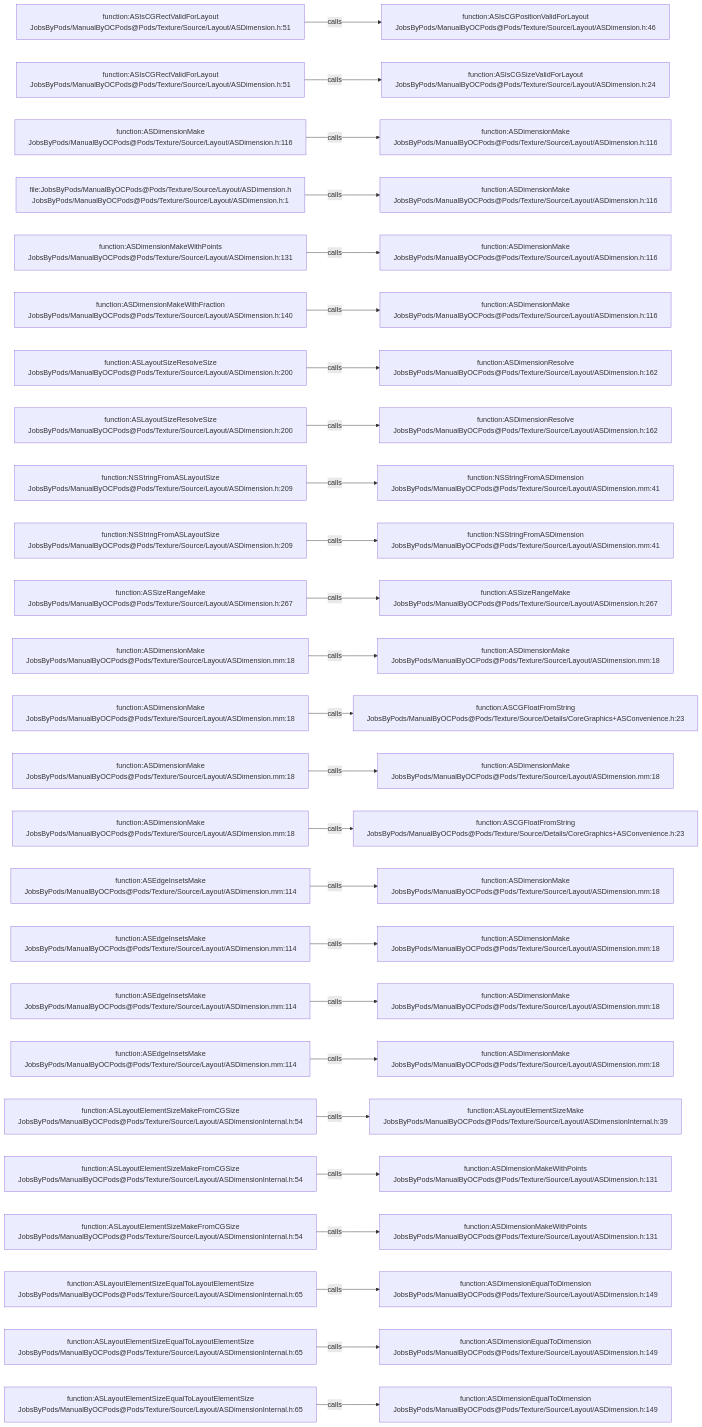
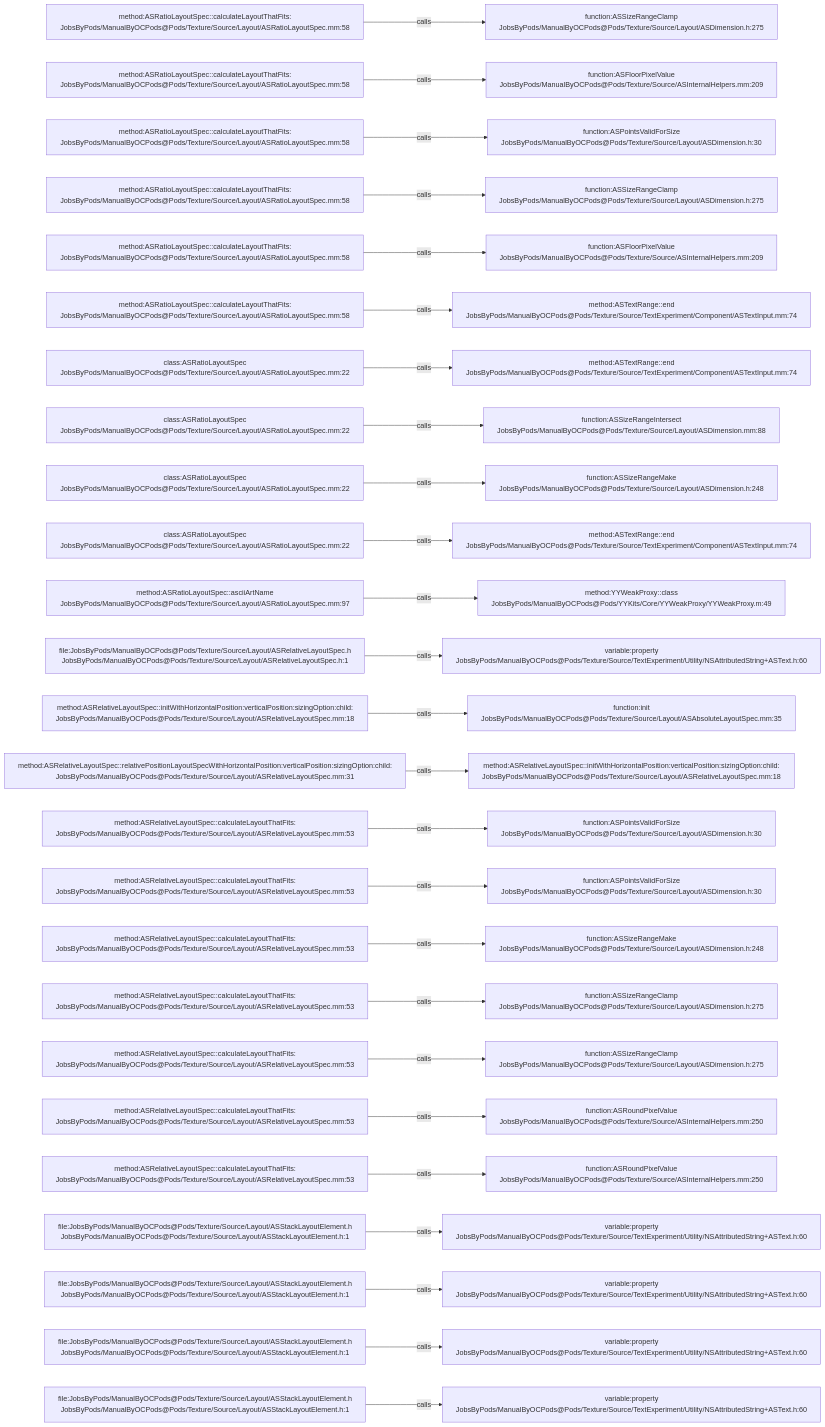
One commit to JobsKits/JobsOCBaseConfigDemo changed the diagram in .codegraph/codegraph.md/graphs/calls-184.md. Above: the diagram before and after it, drawn with Mermaid. The commit also changed 1223 other files, not shown here.

````diff
--- a/.codegraph/codegraph.md/graphs/calls-184.md
+++ b/.codegraph/codegraph.md/graphs/calls-184.md
@@ -13,78 +13,78 @@
 ```mermaid
 flowchart LR
-  S1["function:ASIsCGRectValidForLayout<br/>JobsByPods/ManualByOCPods@Pods/Texture/Source/Layout/ASDimension.h:51"]
-  T1["function:ASIsCGPositionValidForLayout<br/>JobsByPods/ManualByOCPods@Pods/Texture/Source/Layout/ASDimension.h:46"]
+  S1["method:ASRatioLayoutSpec::calculateLayoutThatFits:<br/>JobsByPods/ManualByOCPods@Pods/Texture/Source/Layout/ASRatioLayoutSpec.mm:58"]
+  T1["function:ASSizeRangeClamp<br/>JobsByPods/ManualByOCPods@Pods/Texture/Source/Layout/ASDimension.h:275"]
   S1 -->|calls| T1
-  S2["function:ASIsCGRectValidForLayout<br/>JobsByPods/ManualByOCPods@Pods/Texture/Source/Layout/ASDimension.h:51"]
-  T2["function:ASIsCGSizeValidForLayout<br/>JobsByPods/ManualByOCPods@Pods/Texture/Source/Layout/ASDimension.h:24"]
+  S2["method:ASRatioLayoutSpec::calculateLayoutThatFits:<br/>JobsByPods/ManualByOCPods@Pods/Texture/Source/Layout/ASRatioLayoutSpec.mm:58"]
+  T2["function:ASFloorPixelValue<br/>JobsByPods/ManualByOCPods@Pods/Texture/Source/ASInternalHelpers.mm:209"]
   S2 -->|calls| T2
-  S3["function:ASDimensionMake<br/>JobsByPods/ManualByOCPods@Pods/Texture/Source/Layout/ASDimension.h:116"]
-  T3["function:ASDimensionMake<br/>JobsByPods/ManualByOCPods@Pods/Texture/Source/Layout/ASDimension.h:116"]
+  S3["method:ASRatioLayoutSpec::calculateLayoutThatFits:<br/>JobsByPods/ManualByOCPods@Pods/Texture/Source/Layout/ASRatioLayoutSpec.mm:58"]
+  T3["function:ASPointsValidForSize<br/>JobsByPods/ManualByOCPods@Pods/Texture/Source/Layout/ASDimension.h:30"]
   S3 -->|calls| T3
-  S4["file:JobsByPods/ManualByOCPods@Pods/Texture/Source/Layout/ASDimension.h<br/>JobsByPods/ManualByOCPods@Pods/Texture/Source/Layout/ASDimension.h:1"]
-  T4["function:ASDimensionMake<br/>JobsByPods/ManualByOCPods@Pods/Texture/Source/Layout/ASDimension.h:116"]
+  S4["method:ASRatioLayoutSpec::calculateLayoutThatFits:<br/>JobsByPods/ManualByOCPods@Pods/Texture/Source/Layout/ASRatioLayoutSpec.mm:58"]
+  T4["function:ASSizeRangeClamp<br/>JobsByPods/ManualByOCPods@Pods/Texture/Source/Layout/ASDimension.h:275"]
   S4 -->|calls| T4
-  S5["function:ASDimensionMakeWithPoints<br/>JobsByPods/ManualByOCPods@Pods/Texture/Source/Layout/ASDimension.h:131"]
-  T5["function:ASDimensionMake<br/>JobsByPods/ManualByOCPods@Pods/Texture/Source/Layout/ASDimension.h:116"]
+  S5["method:ASRatioLayoutSpec::calculateLayoutThatFits:<br/>JobsByPods/ManualByOCPods@Pods/Texture/Source/Layout/ASRatioLayoutSpec.mm:58"]
+  T5["function:ASFloorPixelValue<br/>JobsByPods/ManualByOCPods@Pods/Texture/Source/ASInternalHelpers.mm:209"]
   S5 -->|calls| T5
-  S6["function:ASDimensionMakeWithFraction<br/>JobsByPods/ManualByOCPods@Pods/Texture/Source/Layout/ASDimension.h:140"]
-  T6["function:ASDimensionMake<br/>JobsByPods/ManualByOCPods@Pods/Texture/Source/Layout/ASDimension.h:116"]
+  S6["method:ASRatioLayoutSpec::calculateLayoutThatFits:<br/>JobsByPods/ManualByOCPods@Pods/Texture/Source/Layout/ASRatioLayoutSpec.mm:58"]
+  T6["method:ASTextRange::end<br/>JobsByPods/ManualByOCPods@Pods/Texture/Source/TextExperiment/Component/ASTextInput.mm:74"]
   S6 -->|calls| T6
-  S7["function:ASLayoutSizeResolveSize<br/>JobsByPods/ManualByOCPods@Pods/Texture/Source/Layout/ASDimension.h:200"]
-  T7["function:ASDimensionResolve<br/>JobsByPods/ManualByOCPods@Pods/Texture/Source/Layout/ASDimension.h:162"]
+  S7["class:ASRatioLayoutSpec<br/>JobsByPods/ManualByOCPods@Pods/Texture/Source/Layout/ASRatioLayoutSpec.mm:22"]
+  T7["method:ASTextRange::end<br/>JobsByPods/ManualByOCPods@Pods/Texture/Source/TextExperiment/Component/ASTextInput.mm:74"]
   S7 -->|calls| T7
-  S8["function:ASLayoutSizeResolveSize<br/>JobsByPods/ManualByOCPods@Pods/Texture/Source/Layout/ASDimension.h:200"]
-  T8["function:ASDimensionResolve<br/>JobsByPods/ManualByOCPods@Pods/Texture/Source/Layout/ASDimension.h:162"]
+  S8["class:ASRatioLayoutSpec<br/>JobsByPods/ManualByOCPods@Pods/Texture/Source/Layout/ASRatioLayoutSpec.mm:22"]
+  T8["function:ASSizeRangeIntersect<br/>JobsByPods/ManualByOCPods@Pods/Texture/Source/Layout/ASDimension.mm:88"]
   S8 -->|calls| T8
-  S9["function:NSStringFromASLayoutSize<br/>JobsByPods/ManualByOCPods@Pods/Texture/Source/Layout/ASDimension.h:209"]
-  T9["function:NSStringFromASDimension<br/>JobsByPods/ManualByOCPods@Pods/Texture/Source/Layout/ASDimension.mm:41"]
+  S9["class:ASRatioLayoutSpec<br/>JobsByPods/ManualByOCPods@Pods/Texture/Source/Layout/ASRatioLayoutSpec.mm:22"]
+  T9["function:ASSizeRangeMake<br/>JobsByPods/ManualByOCPods@Pods/Texture/Source/Layout/ASDimension.h:248"]
   S9 -->|calls| T9
-  S10["function:NSStringFromASLayoutSize<br/>JobsByPods/ManualByOCPods@Pods/Texture/Source/Layout/ASDimension.h:209"]
-  T10["function:NSStringFromASDimension<br/>JobsByPods/ManualByOCPods@Pods/Texture/Source/Layout/ASDimension.mm:41"]
+  S10["class:ASRatioLayoutSpec<br/>JobsByPods/ManualByOCPods@Pods/Texture/Source/Layout/ASRatioLayoutSpec.mm:22"]
+  T10["method:ASTextRange::end<br/>JobsByPods/ManualByOCPods@Pods/Texture/Source/TextExperiment/Component/ASTextInput.mm:74"]
   S10 -->|calls| T10
-  S11["function:ASSizeRangeMake<br/>JobsByPods/ManualByOCPods@Pods/Texture/Source/Layout/ASDimension.h:267"]
-  T11["function:ASSizeRangeMake<br/>JobsByPods/ManualByOCPods@Pods/Texture/Source/Layout/ASDimension.h:267"]
+  S11["method:ASRatioLayoutSpec::asciiArtName<br/>JobsByPods/ManualByOCPods@Pods/Texture/Source/Layout/ASRatioLayoutSpec.mm:97"]
+  T11["method:YYWeakProxy::class<br/>JobsByPods/ManualByOCPods@Pods/YYKits/Core/YYWeakProxy/YYWeakProxy.m:49"]
   S11 -->|calls| T11
-  S12["function:ASDimensionMake<br/>JobsByPods/ManualByOCPods@Pods/Texture/Source/Layout/ASDimension.mm:18"]
-  T12["function:ASDimensionMake<br/>JobsByPods/ManualByOCPods@Pods/Texture/Source/Layout/ASDimension.mm:18"]
+  S12["file:JobsByPods/ManualByOCPods@Pods/Texture/Source/Layout/ASRelativeLayoutSpec.h<br/>JobsByPods/ManualByOCPods@Pods/Texture/Source/Layout/ASRelativeLayoutSpec.h:1"]
+  T12["variable:property<br/>JobsByPods/ManualByOCPods@Pods/Texture/Source/TextExperiment/Utility/NSAttributedString+ASText.h:60"]
   S12 -->|calls| T12
-  S13["function:ASDimensionMake<br/>JobsByPods/ManualByOCPods@Pods/Texture/Source/Layout/ASDimension.mm:18"]
-  T13["function:ASCGFloatFromString<br/>JobsByPods/ManualByOCPods@Pods/Texture/Source/Details/CoreGraphics+ASConvenience.h:23"]
+  S13["method:ASRelativeLayoutSpec::initWithHorizontalPosition:verticalPosition:sizingOption:child:<br/>JobsByPods/ManualByOCPods@Pods/Texture/Source/Layout/ASRelativeLayoutSpec.mm:18"]
+  T13["function:init<br/>JobsByPods/ManualByOCPods@Pods/Texture/Source/Layout/ASAbsoluteLayoutSpec.mm:35"]
   S13 -->|calls| T13
-  S14["function:ASDimensionMake<br/>JobsByPods/ManualByOCPods@Pods/Texture/Source/Layout/ASDimension.mm:18"]
-  T14["function:ASDimensionMake<br/>JobsByPods/ManualByOCPods@Pods/Texture/Source/Layout/ASDimension.mm:18"]
+  S14["method:ASRelativeLayoutSpec::relativePositionLayoutSpecWithHorizontalPosition:verticalPosition:sizingOption:child:<br/>JobsByPods/ManualByOCPods@Pods/Texture/Source/Layout/ASRelativeLayoutSpec.mm:31"]
+  T14["method:ASRelativeLayoutSpec::initWithHorizontalPosition:verticalPosition:sizingOption:child:<br/>JobsByPods/ManualByOCPods@Pods/Texture/Source/Layout/ASRelativeLayoutSpec.mm:18"]
   S14 -->|calls| T14
-  S15["function:ASDimensionMake<br/>JobsByPods/ManualByOCPods@Pods/Texture/Source/Layout/ASDimension.mm:18"]
-  T15["function:ASCGFloatFromString<br/>JobsByPods/ManualByOCPods@Pods/Texture/Source/Details/CoreGraphics+ASConvenience.h:23"]
+  S15["method:ASRelativeLayoutSpec::calculateLayoutThatFits:<br/>JobsByPods/ManualByOCPods@Pods/Texture/Source/Layout/ASRelativeLayoutSpec.mm:53"]
+  T15["function:ASPointsValidForSize<br/>JobsByPods/ManualByOCPods@Pods/Texture/Source/Layout/ASDimension.h:30"]
   S15 -->|calls| T15
-  S16["function:ASEdgeInsetsMake<br/>JobsByPods/ManualByOCPods@Pods/Texture/Source/Layout/ASDimension.mm:114"]
-  T16["function:ASDimensionMake<br/>JobsByPods/ManualByOCPods@Pods/Texture/Source/Layout/ASDimension.mm:18"]
+  S16["method:ASRelativeLayoutSpec::calculateLayoutThatFits:<br/>JobsByPods/ManualByOCPods@Pods/Texture/Source/Layout/ASRelativeLayoutSpec.mm:53"]
+  T16["function:ASPointsValidForSize<br/>JobsByPods/ManualByOCPods@Pods/Texture/Source/Layout/ASDimension.h:30"]
   S16 -->|calls| T16
-  S17["function:ASEdgeInsetsMake<br/>JobsByPods/ManualByOCPods@Pods/Texture/Source/Layout/ASDimension.mm:114"]
-  T17["function:ASDimensionMake<br/>JobsByPods/ManualByOCPods@Pods/Texture/Source/Layout/ASDimension.mm:18"]
+  S17["method:ASRelativeLayoutSpec::calculateLayoutThatFits:<br/>JobsByPods/ManualByOCPods@Pods/Texture/Source/Layout/ASRelativeLayoutSpec.mm:53"]
+  T17["function:ASSizeRangeMake<br/>JobsByPods/ManualByOCPods@Pods/Texture/Source/Layout/ASDimension.h:248"]
   S17 -->|calls| T17
-  S18["function:ASEdgeInsetsMake<br/>JobsByPods/ManualByOCPods@Pods/Texture/Source/Layout/ASDimension.mm:114"]
-  T18["function:ASDimensionMake<br/>JobsByPods/ManualByOCPods@Pods/Texture/Source/Layout/ASDimension.mm:18"]
+  S18["method:ASRelativeLayoutSpec::calculateLayoutThatFits:<br/>JobsByPods/ManualByOCPods@Pods/Texture/Source/Layout/ASRelativeLayoutSpec.mm:53"]
+  T18["function:ASSizeRangeClamp<br/>JobsByPods/ManualByOCPods@Pods/Texture/Source/Layout/ASDimension.h:275"]
   S18 -->|calls| T18
-  S19["function:ASEdgeInsetsMake<br/>JobsByPods/ManualByOCPods@Pods/Texture/Source/Layout/ASDimension.mm:114"]
-  T19["function:ASDimensionMake<br/>JobsByPods/ManualByOCPods@Pods/Texture/Source/Layout/ASDimension.mm:18"]
+  S19["method:ASRelativeLayoutSpec::calculateLayoutThatFits:<br/>JobsByPods/ManualByOCPods@Pods/Texture/Source/Layout/ASRelativeLayoutSpec.mm:53"]
+  T19["function:ASSizeRangeClamp<br/>JobsByPods/ManualByOCPods@Pods/Texture/Source/Layout/ASDimension.h:275"]
   S19 -->|calls| T19
-  S20["function:ASLayoutElementSizeMakeFromCGSize<br/>JobsByPods/ManualByOCPods@Pods/Texture/Source/Layout/ASDimensionInternal.h:54"]
-  T20["function:ASLayoutElementSizeMake<br/>JobsByPods/ManualByOCPods@Pods/Texture/Source/Layout/ASDimensionInternal.h:39"]
+  S20["method:ASRelativeLayoutSpec::calculateLayoutThatFits:<br/>JobsByPods/ManualByOCPods@Pods/Texture/Source/Layout/ASRelativeLayoutSpec.mm:53"]
+  T20["function:ASRoundPixelValue<br/>JobsByPods/ManualByOCPods@Pods/Texture/Source/ASInternalHelpers.mm:250"]
   S20 -->|calls| T20
-  S21["function:ASLayoutElementSizeMakeFromCGSize<br/>JobsByPods/ManualByOCPods@Pods/Texture/Source/Layout/ASDimensionInternal.h:54"]
-  T21["function:ASDimensionMakeWithPoints<br/>JobsByPods/ManualByOCPods@Pods/Texture/Source/Layout/ASDimension.h:131"]
+  S21["method:ASRelativeLayoutSpec::calculateLayoutThatFits:<br/>JobsByPods/ManualByOCPods@Pods/Texture/Source/Layout/ASRelativeLayoutSpec.mm:53"]
+  T21["function:ASRoundPixelValue<br/>JobsByPods/ManualByOCPods@Pods/Texture/Source/ASInternalHelpers.mm:250"]
   S21 -->|calls| T21
-  S22["function:ASLayoutElementSizeMakeFromCGSize<br/>JobsByPods/ManualByOCPods@Pods/Texture/Source/Layout/ASDimensionInternal.h:54"]
-  T22["function:ASDimensionMakeWithPoints<br/>JobsByPods/ManualByOCPods@Pods/Texture/Source/Layout/ASDimension.h:131"]
+  S22["file:JobsByPods/ManualByOCPods@Pods/Texture/Source/Layout/ASStackLayoutElement.h<br/>JobsByPods/ManualByOCPods@Pods/Texture/Source/Layout/ASStackLayoutElement.h:1"]
+  T22["variable:property<br/>JobsByPods/ManualByOCPods@Pods/Texture/Source/TextExperiment/Utility/NSAttributedString+ASText.h:60"]
   S22 -->|calls| T22
-  S23["function:ASLayoutElementSizeEqualToLayoutElementSize<br/>JobsByPods/ManualByOCPods@Pods/Texture/Source/Layout/ASDimensionInternal.h:65"]
-  T23["function:ASDimensionEqualToDimension<br/>JobsByPods/ManualByOCPods@Pods/Texture/Source/Layout/ASDimension.h:149"]
+  S23["file:JobsByPods/ManualByOCPods@Pods/Texture/Source/Layout/ASStackLayoutElement.h<br/>JobsByPods/ManualByOCPods@Pods/Texture/Source/Layout/ASStackLayoutElement.h:1"]
+  T23["variable:property<br/>JobsByPods/ManualByOCPods@Pods/Texture/Source/TextExperiment/Utility/NSAttributedString+ASText.h:60"]
   S23 -->|calls| T23
-  S24["function:ASLayoutElementSizeEqualToLayoutElementSize<br/>JobsByPods/ManualByOCPods@Pods/Texture/Source/Layout/ASDimensionInternal.h:65"]
-  T24["function:ASDimensionEqualToDimension<br/>JobsByPods/ManualByOCPods@Pods/Texture/Source/Layout/ASDimension.h:149"]
+  S24["file:JobsByPods/ManualByOCPods@Pods/Texture/Source/Layout/ASStackLayoutElement.h<br/>JobsByPods/ManualByOCPods@Pods/Texture/Source/Layout/ASStackLayoutElement.h:1"]
+  T24["variable:property<br/>JobsByPods/ManualByOCPods@Pods/Texture/Source/TextExperiment/Utility/NSAttributedString+ASText.h:60"]
   S24 -->|calls| T24
-  S25["function:ASLayoutElementSizeEqualToLayoutElementSize<br/>JobsByPods/ManualByOCPods@Pods/Texture/Source/Layout/ASDimensionInternal.h:65"]
-  T25["function:ASDimensionEqualToDimension<br/>JobsByPods/ManualByOCPods@Pods/Texture/Source/Layout/ASDimension.h:149"]
+  S25["file:JobsByPods/ManualByOCPods@Pods/Texture/Source/Layout/ASStackLayoutElement.h<br/>JobsByPods/ManualByOCPods@Pods/Texture/Source/Layout/ASStackLayoutElement.h:1"]
+  T25["variable:property<br/>JobsByPods/ManualByOCPods@Pods/Texture/Source/TextExperiment/Utility/NSAttributedString+ASText.h:60"]
   S25 -->|calls| T25
 ```
````
